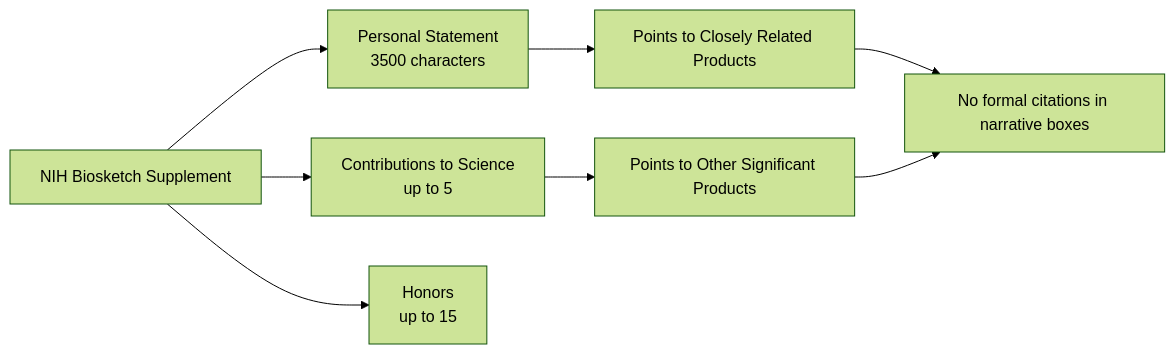
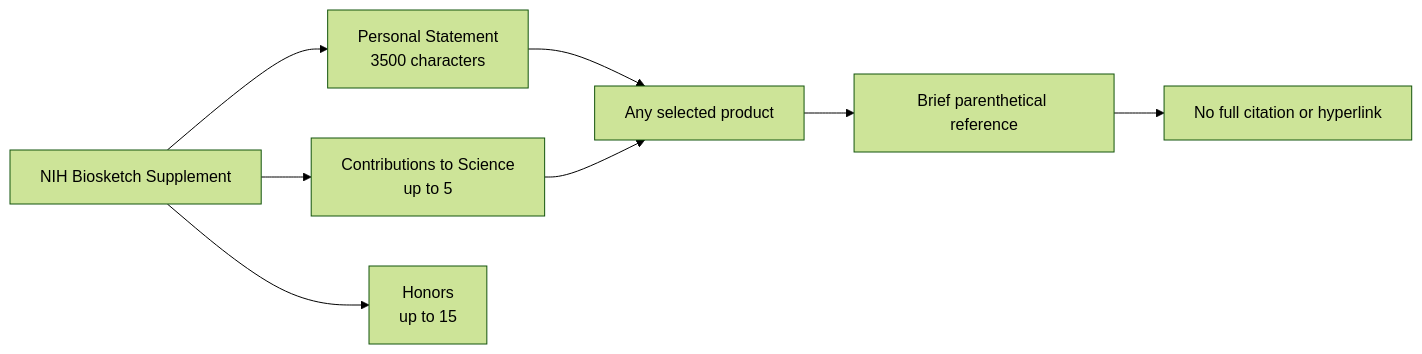
One commit to FritscheLab/nih-sciencv-playbook changed the diagram in docs/biosketch/supplement-sections.md. Above: the diagram before and after it, drawn with Mermaid (forest theme). The commit also changed other lines of this file and 48 other files, not shown here.

````diff
--- a/docs/biosketch/supplement-sections.md
+++ b/docs/biosketch/supplement-sections.md
@@ -42,12 +44,12 @@
 ```mermaid
 flowchart LR
     accTitle: NIH Supplement narrative structure
-    accDescr: The supplement contains a personal statement, up to five contributions, and honors, with evidence pointing back to selected products.
+    accDescr: The supplement contains a personal statement, up to five contributions, and honors; both narratives may use brief parenthetical references to any selected product.
     A["NIH Biosketch Supplement"] --> B["Personal Statement<br/>3500 characters"]
     A --> C["Contributions to Science<br/>up to 5"]
     A --> D["Honors<br/>up to 15"]
-    B --> E["Points to Closely Related Products"]
-    C --> F["Points to Other Significant Products"]
-    E --> G["No formal citations in narrative boxes"]
-    F --> G
+    B --> E["Any selected product"]
+    C --> E
+    E --> F["Brief parenthetical reference"]
+    F --> G["No full citation or hyperlink"]
 ```
````
